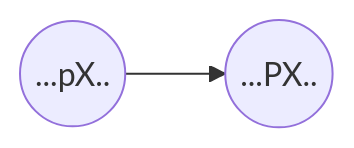
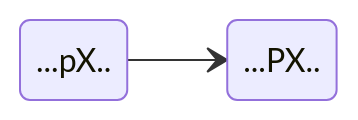
The tenth of 13 diagrams in docs/process_models/cs/index.md (CERTCC/Vultron), drawn with Mermaid before and after one commit. The commit also changed other lines of this file, not shown here.

````diff
--- a/docs/process_models/cs/index.md
+++ b/docs/process_models/cs/index.md
@@ -420,6 +419,7 @@
 ```mermaid
-graph LR
-    pX((...pX..))
-    PX((...PX..))
+stateDiagram-v2
+    direction LR
+    pX: ...pX..
+    PX: ...PX..
     pX --> PX
 ```
````
